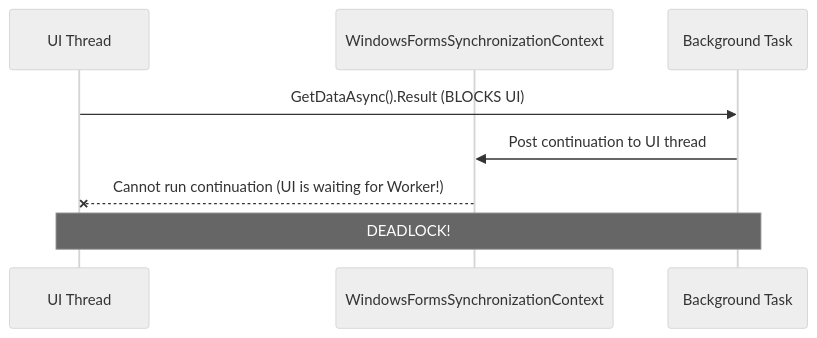
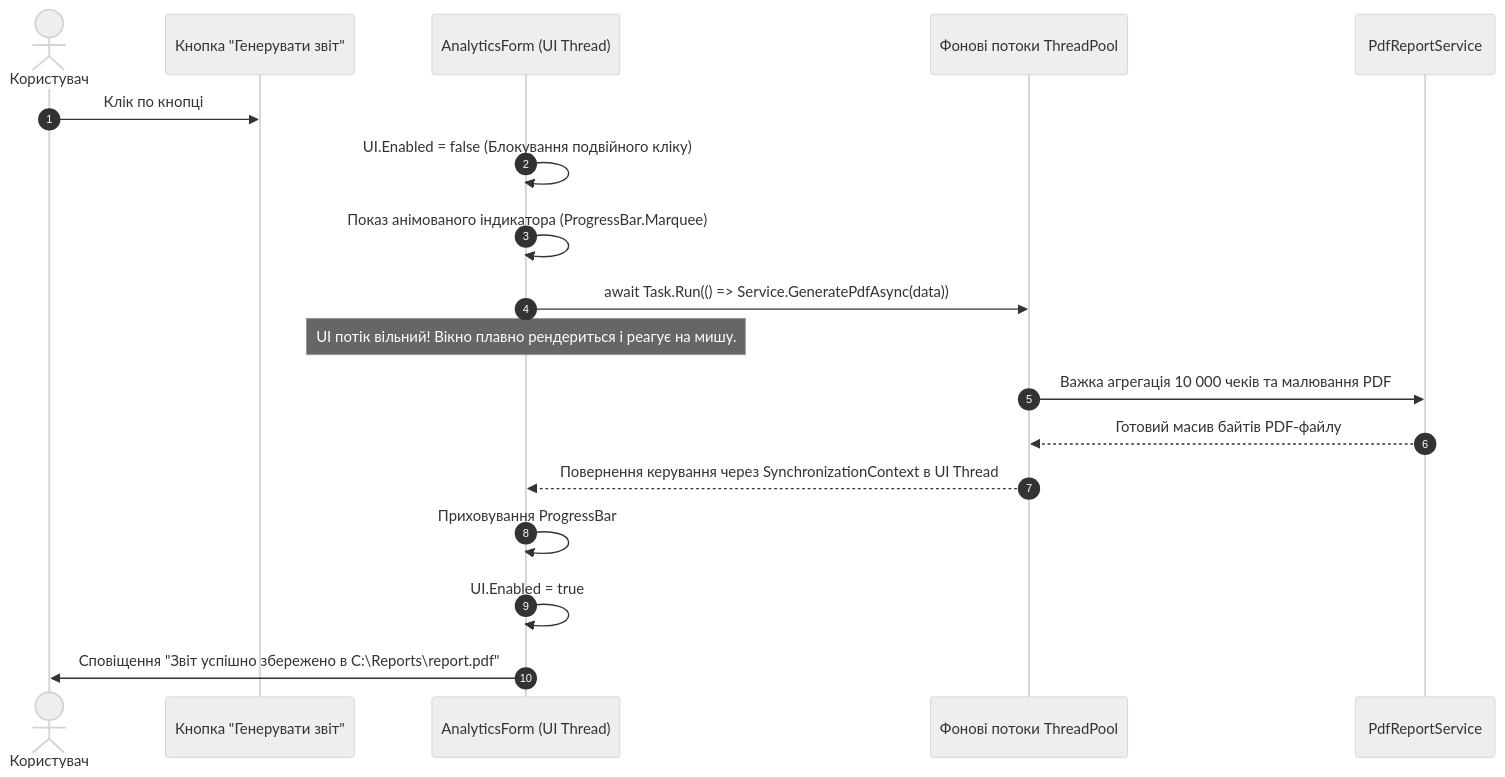
One commit to MrTomkaYurii/WinForms-HoReCa-Mastery changed the diagram in Docs/Lessons/17-asynchronous-ui-and-background-tasks.md. Above: the diagram before and after it, drawn with Mermaid (neutral theme). The commit also changed other lines of this file and 9 other files, not shown here.

````diff
--- a/Docs/Lessons/17-asynchronous-ui-and-background-tasks.md
+++ b/Docs/Lessons/17-asynchronous-ui-and-background-tasks.md
@@ -13,11 +18,24 @@
 ```mermaid
 sequenceDiagram
-    participant UI as UI Thread
-    participant Sync as WindowsFormsSynchronizationContext
-    participant Worker as Background Task
+    autonumber
+    actor User as Користувач
+    participant UI as Кнопка "Генерувати звіт"
+    participant Form as AnalyticsForm (UI Thread)
+    participant Worker as Фонові потоки ThreadPool
+    participant Service as PdfReportService
 
-    UI->>Worker: GetDataAsync().Result (BLOCKS UI)
-    Worker->>Sync: Post continuation to UI thread
-    Sync--xUI: Cannot run continuation (UI is waiting for Worker!)
-    Note over UI,Worker: DEADLOCK!
+    User->>UI: Клік по кнопці
+    Form->>Form: UI.Enabled = false (Блокування подвійного кліку)
+    Form->>Form: Показ анімованого індикатора (ProgressBar.Marquee)
+    
+    Form->>Worker: await Task.Run(() => Service.GeneratePdfAsync(data))
+    Note over Form: UI потік вільний! Вікно плавно рендериться і реагує на мишу.
+    
+    Worker->>Service: Важка агрегація 10 000 чеків та малювання PDF
+    Service-->>Worker: Готовий масив байтів PDF-файлу
+    Worker-->>Form: Повернення керування через SynchronizationContext в UI Thread
+    
+    Form->>Form: Приховування ProgressBar
+    Form->>Form: UI.Enabled = true
+    Form->>User: Сповіщення "Звіт успішно збережено в C:\Reports\report.pdf"
 ```
````
